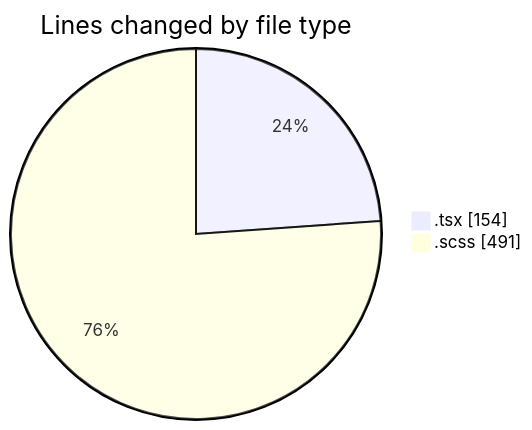
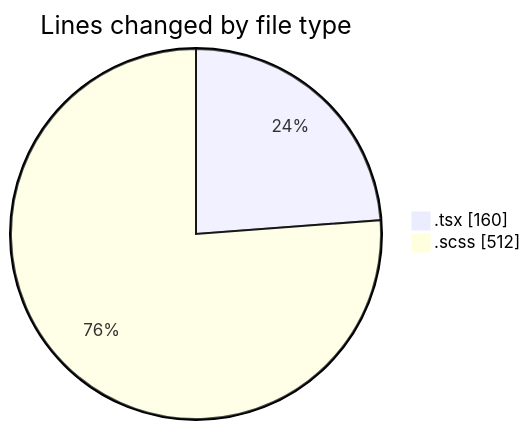
Before and after one commit to momahboobian/code-tracking: the first of 2 diagrams in 2025-03-27/cda/README.md, drawn with Mermaid. The commit also changed other lines of this file and 1 other file, not shown here.

````diff
--- a/2025-03-27/cda/README.md
+++ b/2025-03-27/cda/README.md
@@ -21,6 +21,6 @@
 ```mermaid
 pie showData
 title Lines changed by file type
-".tsx" : 154
-".scss" : 491
+".tsx" : 160
+".scss" : 512
 ```
````
